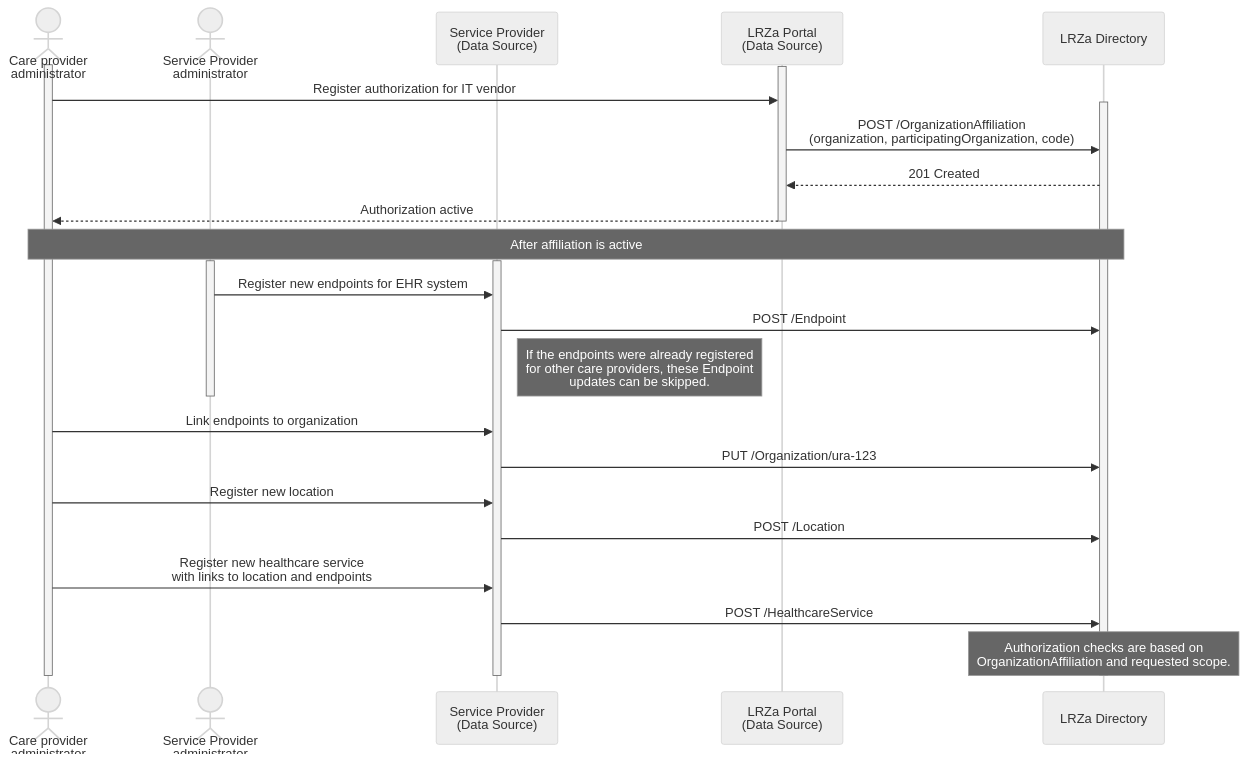
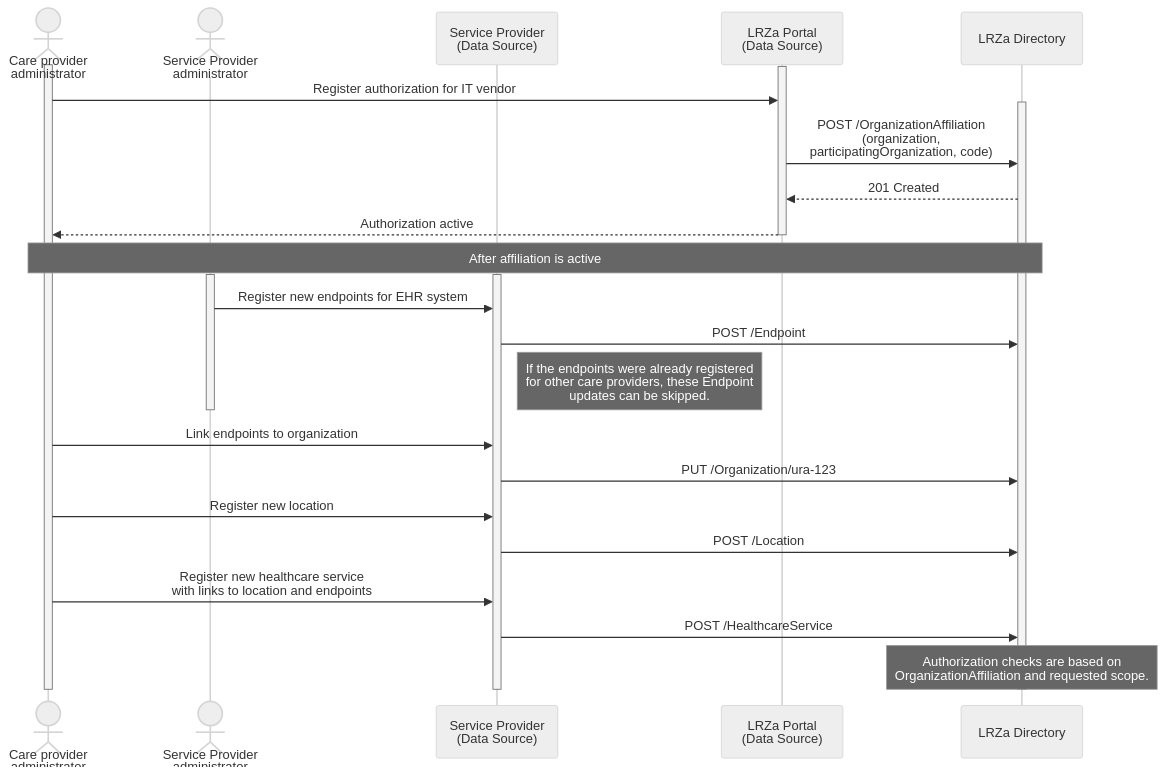
The second of 8 diagrams in input/pagecontent/care-services.md (minvws/generiekefuncties-docs), drawn with Mermaid (neutral theme) before and after one commit. The commit also changed other lines of this file and 2 other files, not shown here.

Commit message:
fix mermaid scaling

````diff
--- a/input/pagecontent/care-services.md
+++ b/input/pagecontent/care-services.md
@@ -307,36 +307,36 @@
 ```mermaid
 sequenceDiagram
     actor Admin as Care provider<br/>administrator
     actor SPAdmin as Service Provider<br/>administrator
     participant SP as Service Provider<br/>(Data Source)
     participant DSAdmin as LRZa Portal<br/>(Data Source)
     participant LRZa as LRZa Directory
 
     activate Admin
     activate DSAdmin
     Admin->>DSAdmin: Register authorization for IT vendor
     activate LRZa
-    DSAdmin->>LRZa: POST /OrganizationAffiliation<br/>(organization, participatingOrganization, code)
+    DSAdmin->>LRZa: POST /OrganizationAffiliation<br/>(organization,<br/>participatingOrganization, code)
     LRZa-->>DSAdmin: 201 Created
     DSAdmin-->>Admin: Authorization active
     deactivate DSAdmin
 
     Note over Admin,LRZa: After affiliation is active
 
     activate SPAdmin
     activate SP
     SPAdmin->>SP: Register new endpoints for EHR system
     SP->>LRZa: POST /Endpoint
     Note right of SP: If the endpoints were already registered<br/>for other care providers, these Endpoint<br/>updates can be skipped.
     deactivate SPAdmin
     Admin->>SP: Link endpoints to organization
     SP->>LRZa: PUT /Organization/ura-123
     Admin->>SP: Register new location
     SP->>LRZa: POST /Location
     Admin->>SP: Register new healthcare service<br/>with links to location and endpoints
     SP->>LRZa: POST /HealthcareService
     Note over LRZa: Authorization checks are based on<br/>OrganizationAffiliation and requested scope.
     deactivate SP
     deactivate LRZa
     deactivate Admin
 ```
````
